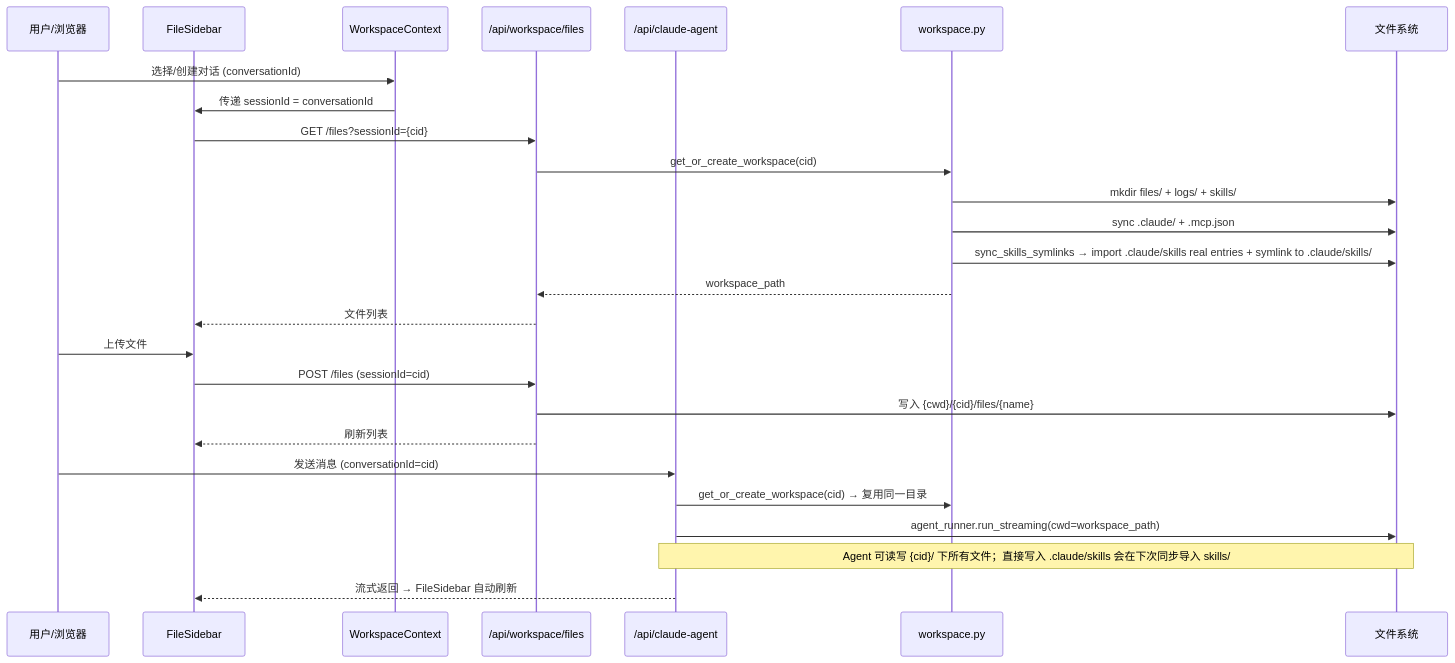
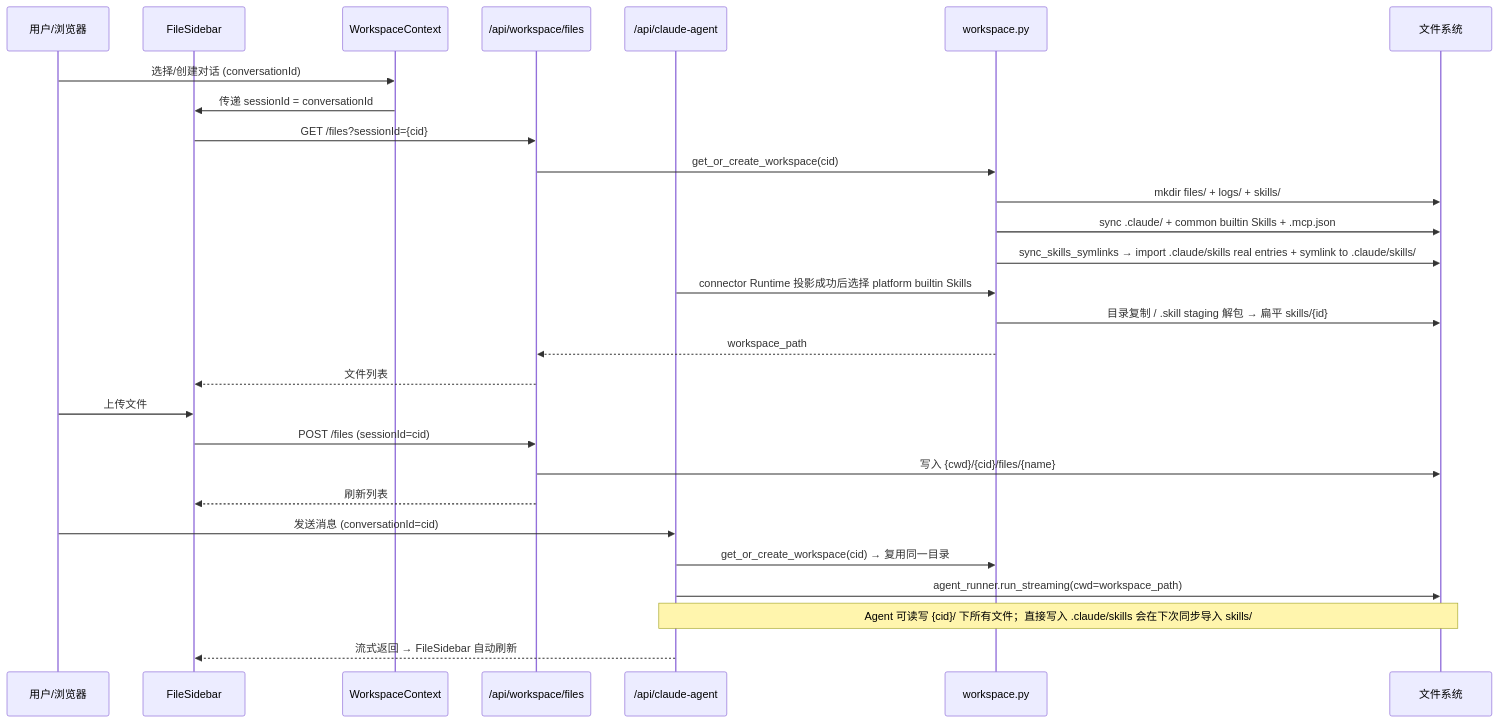
One commit to glide-the/im-dream changed the third of 4 diagrams in docs/design/workspace/workspace-skills-flow.md. Above: the diagram before and after it, drawn with Mermaid. The commit also changed other lines of this file and 58 other files, not shown here.

Commit message:
feat(skills): add platform builtin packages

````diff
--- a/docs/design/workspace/workspace-skills-flow.md
+++ b/docs/design/workspace/workspace-skills-flow.md
@@ -123,31 +148,33 @@
 ```mermaid
 sequenceDiagram
     participant U as 用户/浏览器
     participant FS as FileSidebar
     participant CTX as WorkspaceContext
     participant API as /api/workspace/files
     participant AGENT as /api/claude-agent
     participant WS as workspace.py
     participant DISK as 文件系统
 
     U->>CTX: 选择/创建对话 (conversationId)
     CTX->>FS: 传递 sessionId = conversationId
     FS->>API: GET /files?sessionId={cid}
     API->>WS: get_or_create_workspace(cid)
     WS->>DISK: mkdir files/ + logs/ + skills/
-    WS->>DISK: sync .claude/ + .mcp.json
+    WS->>DISK: sync .claude/ + common builtin Skills + .mcp.json
     WS->>DISK: sync_skills_symlinks → import .claude/skills real entries + symlink to .claude/skills/
+    AGENT->>WS: connector Runtime 投影成功后选择 platform builtin Skills
+    WS->>DISK: 目录复制 / .skill staging 解包 → 扁平 skills/{id}
     WS-->>API: workspace_path
     API-->>FS: 文件列表
 
     U->>FS: 上传文件
     FS->>API: POST /files (sessionId=cid)
     API->>DISK: 写入 {cwd}/{cid}/files/{name}
     API-->>FS: 刷新列表
 
     U->>AGENT: 发送消息 (conversationId=cid)
     AGENT->>WS: get_or_create_workspace(cid) → 复用同一目录
     AGENT->>DISK: agent_runner.run_streaming(cwd=workspace_path)
     Note over AGENT,DISK: Agent 可读写 {cid}/ 下所有文件；直接写入 .claude/skills 会在下次同步导入 skills/
     AGENT-->>FS: 流式返回 → FileSidebar 自动刷新
 ```
````
